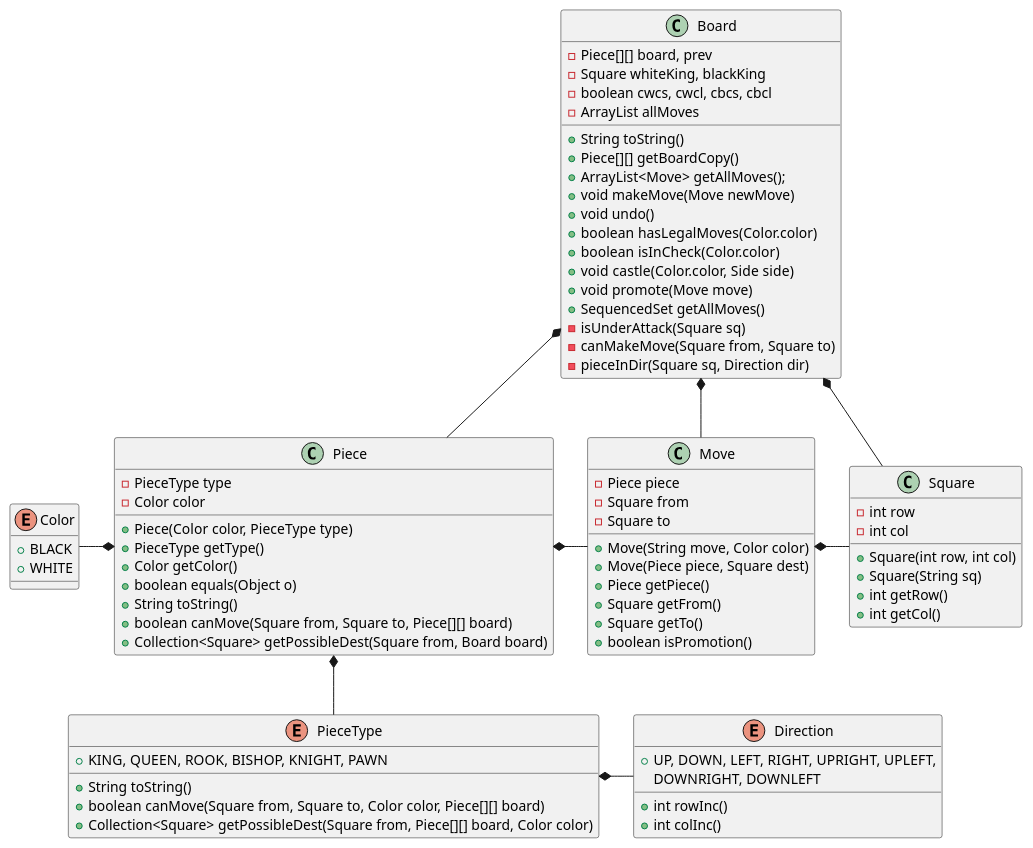
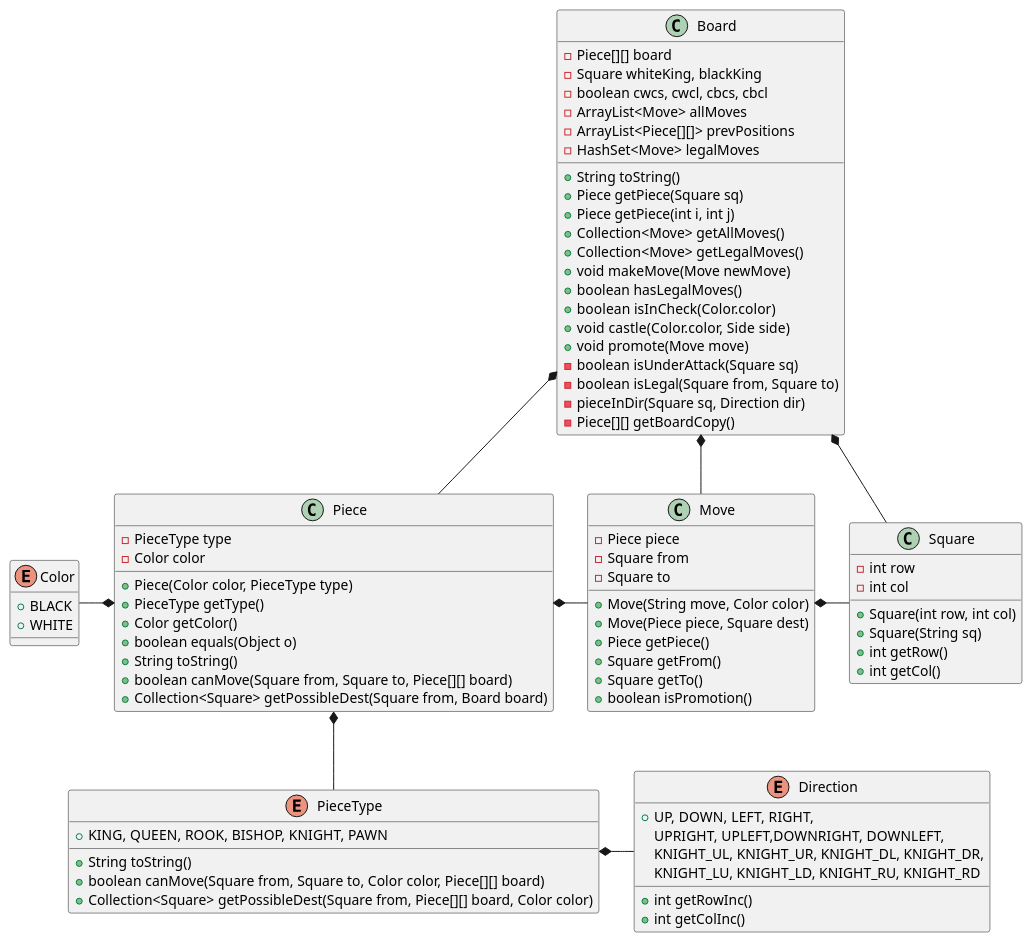
One commit to rodrihern/POO-ITBA changed the diagram in src/Chess/utils/Chess_diagram.puml. Above: the diagram before and after it, drawn with PlantUML. The commit also changed 3 other files, not shown here.

```diff
--- a/src/Chess/utils/Chess_diagram.puml
+++ b/src/Chess/utils/Chess_diagram.puml
@@ -1,86 +1,91 @@
 @startuml
 
 
 class Board {
-    -Piece[][] board, prev
+    -Piece[][] board
     -Square whiteKing, blackKing
     -boolean cwcs, cwcl, cbcs, cbcl
-    -ArrayList allMoves
+    -ArrayList<Move> allMoves
+    -ArrayList<Piece[][]> prevPositions
+    -HashSet<Move> legalMoves
     +String toString()
-    +Piece[][] getBoardCopy()
-    +ArrayList<Move> getAllMoves();
+    +Piece getPiece(Square sq)
+    +Piece getPiece(int i, int j)
+    +Collection<Move> getAllMoves()
+    +Collection<Move> getLegalMoves()
     +void makeMove(Move newMove)
-    +void undo()
-    +boolean hasLegalMoves(Color.color)
+    +boolean hasLegalMoves()
     +boolean isInCheck(Color.color)
     +void castle(Color.color, Side side)
     +void promote(Move move)
-    +SequencedSet getAllMoves()
-    -isUnderAttack(Square sq)
-    -canMakeMove(Square from, Square to)
+    -boolean isUnderAttack(Square sq)
+    -boolean isLegal(Square from, Square to)
     -pieceInDir(Square sq, Direction dir)
+    -Piece[][] getBoardCopy()
 
 }
 
 class Piece {
     -PieceType type
     -Color color
     +Piece(Color color, PieceType type)
     +PieceType getType()
     +Color getColor()
     +boolean equals(Object o)
     +String toString()
     +boolean canMove(Square from, Square to, Piece[][] board)
     +Collection<Square> getPossibleDest(Square from, Board board)
 }
 
 class Move {
     -Piece piece
     -Square from
     -Square to
     +Move(String move, Color color)
     +Move(Piece piece, Square dest)
     +Piece getPiece()
     +Square getFrom()
     +Square getTo()
     +boolean isPromotion()
 }
 
 class Square {
     -int row
     -int col
     +Square(int row, int col)
     +Square(String sq)
     +int getRow()
     +int getCol()
 }
 
 enum Color {
     +BLACK
     +WHITE
 }
 
 enum Direction {
-    +UP, DOWN, LEFT, RIGHT, UPRIGHT, UPLEFT,
-    DOWNRIGHT, DOWNLEFT
-    +int rowInc()
-    +int colInc()
+    +UP, DOWN, LEFT, RIGHT,
+    UPRIGHT, UPLEFT,DOWNRIGHT, DOWNLEFT,
+    KNIGHT_UL, KNIGHT_UR, KNIGHT_DL, KNIGHT_DR,
+    KNIGHT_LU, KNIGHT_LD, KNIGHT_RU, KNIGHT_RD
+    +int getRowInc()
+    +int getColInc()
 }
 
 enum PieceType {
     +KING, QUEEN, ROOK, BISHOP, KNIGHT, PAWN
     +String toString()
     +boolean canMove(Square from, Square to, Color color, Piece[][] board)
     +Collection<Square> getPossibleDest(Square from, Piece[][] board, Color color)
 }
 
 Board *- Move
 Board *-- Square
 Move *- Square
 Piece *- Move
 Board *-- Piece
 Piece *-- PieceType
 PieceType *- Direction
 Color -* Piece
 
 @enduml
```
